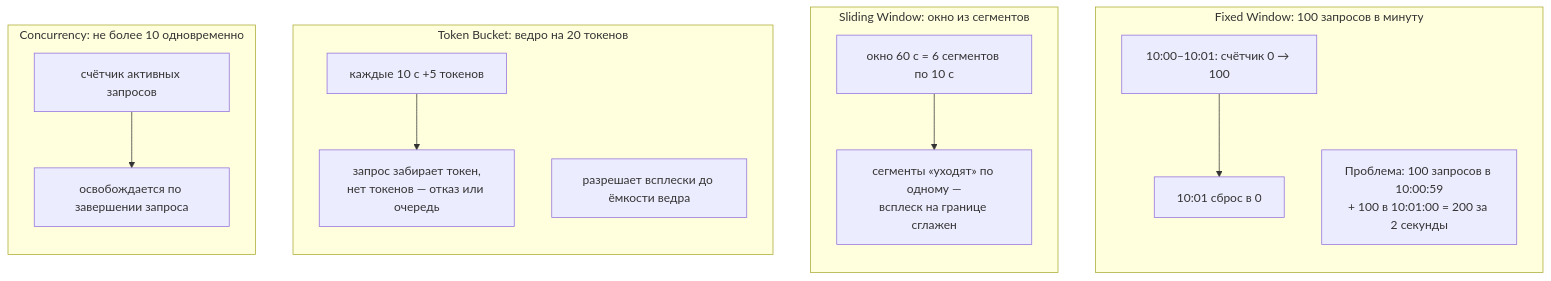
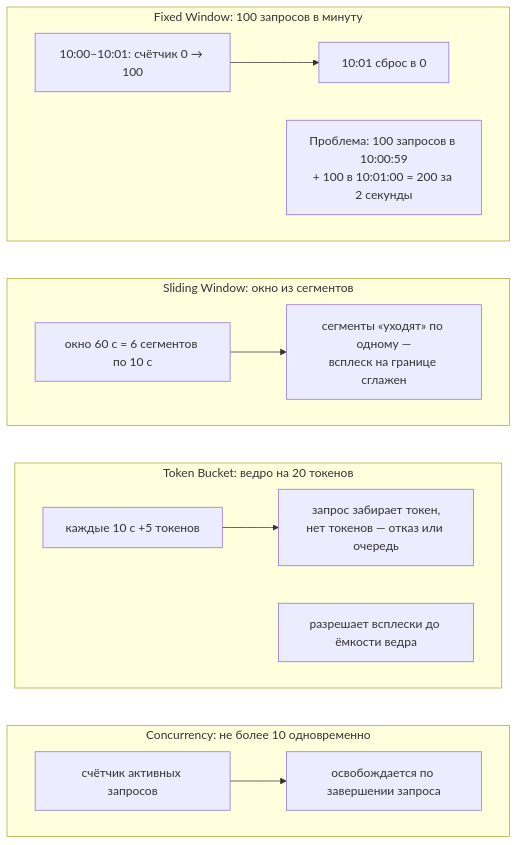
Before and after one commit to sh-sharifjonov/DotnetQuestionsForMiddle: the first of 3 diagrams in content/02-aspnet-core/16-rate-limiting.md, drawn with Mermaid. The commit also changed 51 other files, not shown here.

First line of the commit message:
Improve diagram layouts, warn about over-wide diagrams

````diff
--- a/content/02-aspnet-core/16-rate-limiting.md
+++ b/content/02-aspnet-core/16-rate-limiting.md
@@ -17,21 +17,21 @@
 ```mermaid Четыре алгоритма ограничения
-flowchart TB
+flowchart LR
+    subgraph CL["Concurrency: не более 10 одновременно"]
+        direction LR
+        C1["счётчик активных запросов"] --> C2["освобождается по завершении запроса"]
+    end
+    subgraph TKB["Token Bucket: ведро на 20 токенов"]
+        direction LR
+        T1["каждые 10 с +5 токенов"] --> T2["запрос забирает токен,<br/>нет токенов — отказ или очередь"]
+        T3["разрешает всплески до ёмкости ведра"]:::good
+    end
+    subgraph SW["Sliding Window: окно из сегментов"]
+        direction LR
+        S1["окно 60 с = 6 сегментов по 10 с"] --> S2["сегменты «уходят» по одному —<br/>всплеск на границе сглажен"]:::good
+    end
     subgraph FW["Fixed Window: 100 запросов в минуту"]
-        direction TB
+        direction LR
         F1["10:00–10:01: счётчик 0 → 100"] --> F2["10:01 сброс в 0"]
         F3["Проблема: 100 запросов в 10:00:59<br/>+ 100 в 10:01:00 = 200 за 2 секунды"]:::warn
     end
-    subgraph SW["Sliding Window: окно из сегментов"]
-        direction TB
-        S1["окно 60 с = 6 сегментов по 10 с"] --> S2["сегменты «уходят» по одному —<br/>всплеск на границе сглажен"]:::good
-    end
-    subgraph TKB["Token Bucket: ведро на 20 токенов"]
-        direction TB
-        T1["каждые 10 с +5 токенов"] --> T2["запрос забирает токен,<br/>нет токенов — отказ или очередь"]
-        T3["разрешает всплески до ёмкости ведра"]:::good
-    end
-    subgraph CL["Concurrency: не более 10 одновременно"]
-        direction TB
-        C1["счётчик активных запросов"] --> C2["освобождается по завершении запроса"]
-    end
 ```
````
